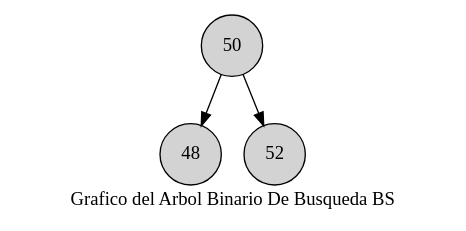
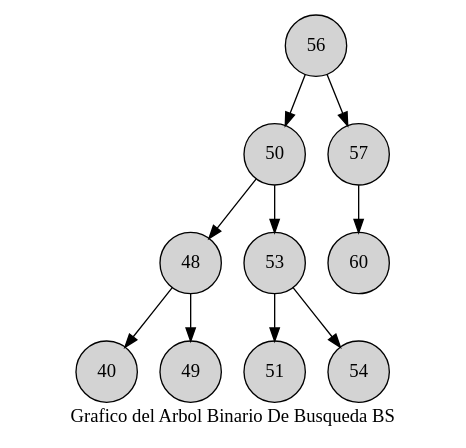
One commit to av-edson/EDD-Estructuras changed the diagram in estructuras/Resultado/GraficaArbol.dot. Above: the diagram before and after it, drawn with Graphviz. The commit also changed 2 other files, not shown here.

```diff
--- a/estructuras/Resultado/GraficaArbol.dot
+++ b/estructuras/Resultado/GraficaArbol.dot
@@ -1,8 +1,15 @@
 digraph D{
 node [shape=circle style=filled ] 
 label= " Grafico del Arbol Binario De Busqueda BS " 
-50
+56
+56 -> 50
 50 -> 48
-50 -> 52
+48 -> 40
+48 -> 49
+50 -> 53
+53 -> 51
+53 -> 54
+56 -> 57
+57 -> 60
 
 }
```
